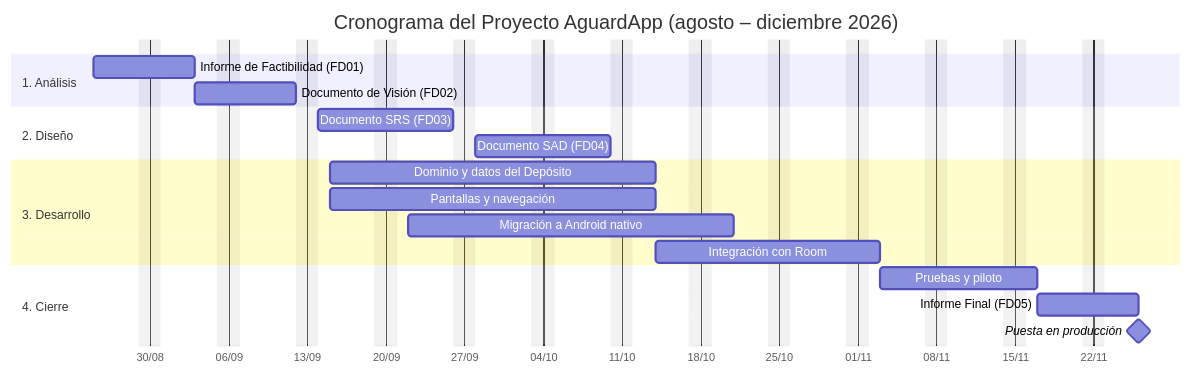
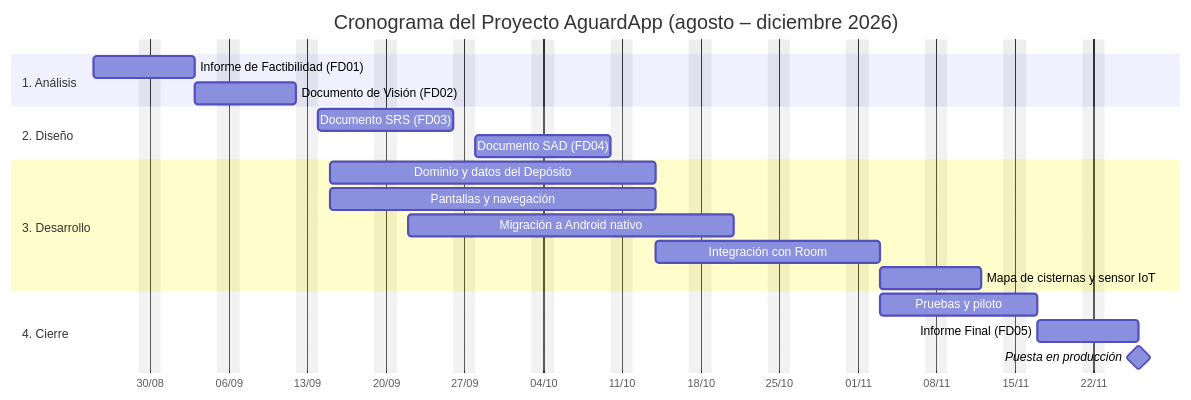
One commit to Cristhian465/Aguarda changed the third of 4 diagrams in informes/FD05-Informe-Final.md. Above: the diagram before and after it, drawn with Mermaid. The commit also changed other lines of this file and 5 other files, not shown here.

````diff
--- a/informes/FD05-Informe-Final.md
+++ b/informes/FD05-Informe-Final.md
@@ -222,26 +246,27 @@
 ```mermaid
 gantt
     title Cronograma del Proyecto AguardApp (agosto – diciembre 2026)
     dateFormat YYYY-MM-DD
     axisFormat %d/%m
     excludes weekends
 
     section 1. Análisis
     Informe de Factibilidad (FD01)   :t2, 2026-08-25, 7d
     Documento de Visión (FD02)       :t3, after t2, 7d
 
     section 2. Diseño
     Documento SRS (FD03)             :t5, 2026-09-14, 10d
     Documento SAD (FD04)             :t6, after t5, 10d
 
     section 3. Desarrollo
     Dominio y datos del Depósito     :t8, 2026-09-15, 21d
     Pantallas y navegación           :t9, 2026-09-15, 21d
     Migración a Android nativo       :t10, 2026-09-22, 21d
     Integración con Room             :t11, 2026-10-14, 14d
+    Mapa de cisternas y sensor IoT   :t12, 2026-11-03, 7d
 
     section 4. Cierre
     Pruebas y piloto                 :t13, 2026-11-03, 10d
     Informe Final (FD05)             :t14, after t13, 7d
     Puesta en producción             :milestone, t15, 2026-11-26, 0d
 ```
````
